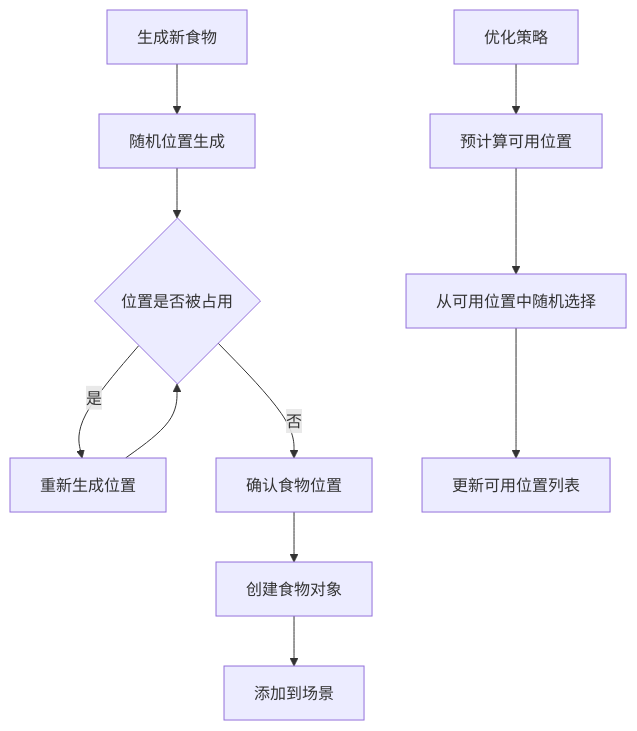
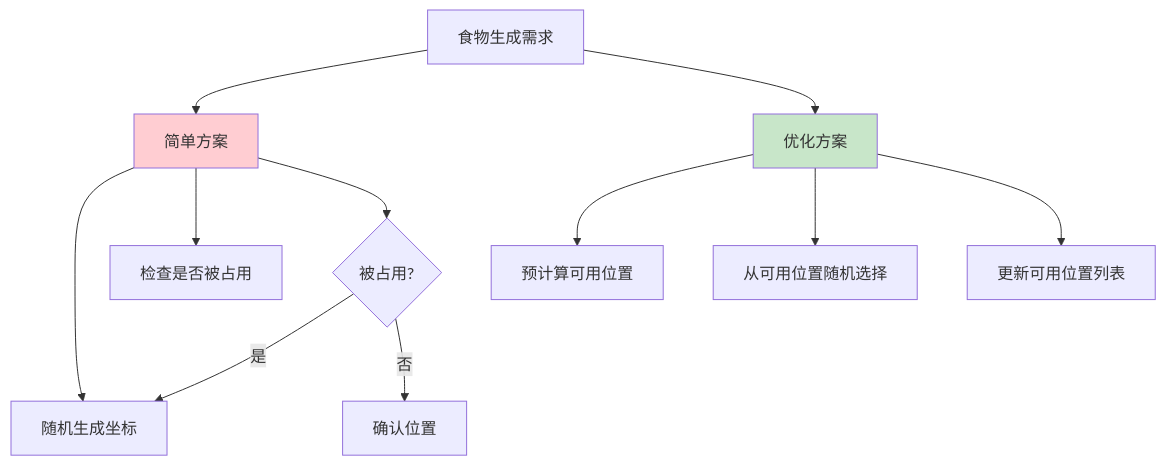
One commit to youjing-mz/snake changed the seventh of 9 diagrams in 课时2-核心游戏逻辑实现/README.md. Above: the diagram before and after it, drawn with Mermaid. The commit also changed other lines of this file and 8 other files, not shown here.

````diff
--- a/课时2-核心游戏逻辑实现/README.md
+++ b/课时2-核心游戏逻辑实现/README.md
@@ -144,14 +160,18 @@
 ```mermaid
 graph TD
-    A[生成新食物] --> B[随机位置生成]
-    B --> C{位置是否被占用}
-    C -->|是| D[重新生成位置]
-    C -->|否| E[确认食物位置]
-    D --> C
-    E --> F[创建食物对象]
-    F --> G[添加到场景]
+    A[食物生成需求] --> B[简单方案]
+    A --> C[优化方案]
     
-    H[优化策略] --> I[预计算可用位置]
-    I --> J[从可用位置中随机选择]
-    J --> K[更新可用位置列表]
+    B --> B1[随机生成坐标]
+    B --> B2[检查是否被占用]
+    B --> B3{被占用?}
+    B3 -->|是| B1
+    B3 -->|否| B4[确认位置]
+    
+    C --> C1[预计算可用位置]
+    C --> C2[从可用位置随机选择]
+    C --> C3[更新可用位置列表]
+    
+    style B fill:#ffcdd2
+    style C fill:#c8e6c9
 ```
````
